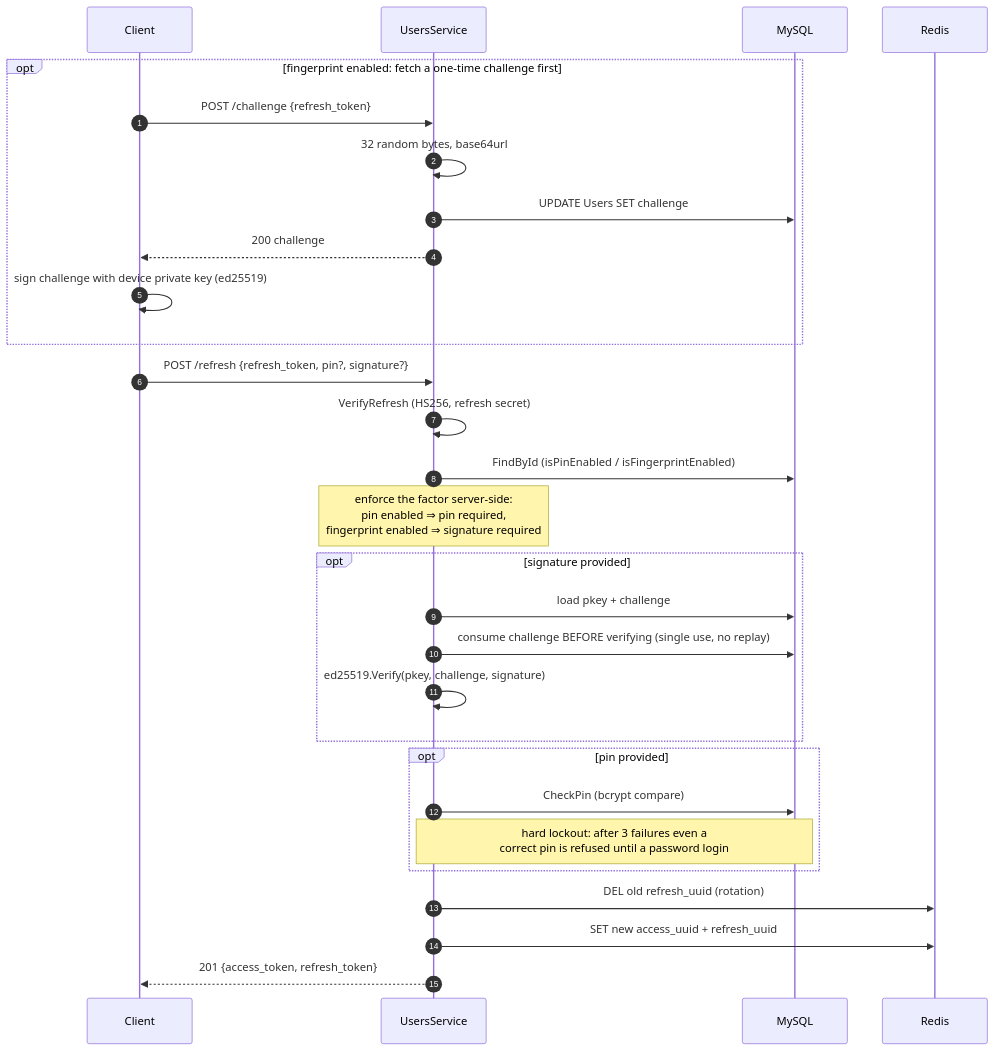
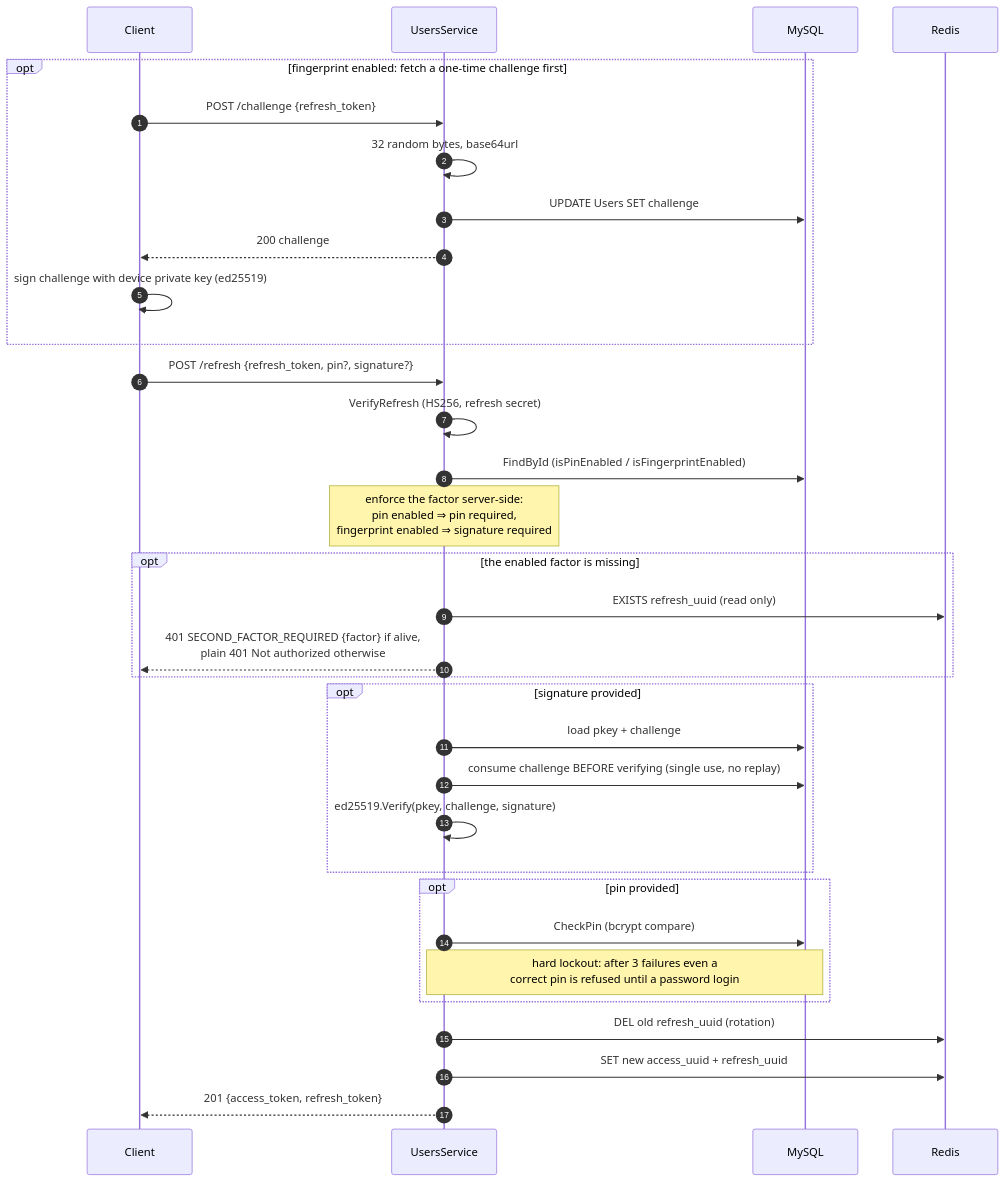
The third of 4 diagrams in homl-web/docs/auth-flows.md (alkariin/homl), drawn with Mermaid before and after one commit. The commit also changed other lines of this file and 6 other files, not shown here.

Commit message:
feat: code the missing second factor on refresh

````diff
--- a/homl-web/docs/auth-flows.md
+++ b/homl-web/docs/auth-flows.md
@@ -105,35 +105,39 @@
 ```mermaid
 sequenceDiagram
     autonumber
     participant C as Client
     participant S as UsersService
     participant M as MySQL
     participant R as Redis
 
     opt fingerprint enabled: fetch a one-time challenge first
         C->>S: POST /challenge {refresh_token}
         S->>S: 32 random bytes, base64url
         S->>M: UPDATE Users SET challenge
         S-->>C: 200 challenge
         C->>C: sign challenge with device private key (ed25519)
     end
 
     C->>S: POST /refresh {refresh_token, pin?, signature?}
     S->>S: VerifyRefresh (HS256, refresh secret)
     S->>M: FindById (isPinEnabled / isFingerprintEnabled)
     Note over S: enforce the factor server-side:<br/>pin enabled ⇒ pin required,<br/>fingerprint enabled ⇒ signature required
+    opt the enabled factor is missing
+        S->>R: EXISTS refresh_uuid (read only)
+        S-->>C: 401 SECOND_FACTOR_REQUIRED {factor} if alive,<br/>plain 401 Not authorized otherwise
+    end
 
     opt signature provided
         S->>M: load pkey + challenge
         S->>M: consume challenge BEFORE verifying (single use, no replay)
         S->>S: ed25519.Verify(pkey, challenge, signature)
     end
     opt pin provided
         S->>M: CheckPin (bcrypt compare)
         Note over S,M: hard lockout: after 3 failures even a<br/>correct pin is refused until a password login
     end
 
     S->>R: DEL old refresh_uuid (rotation)
     S->>R: SET new access_uuid + refresh_uuid
     S-->>C: 201 {access_token, refresh_token}
 ```
````
